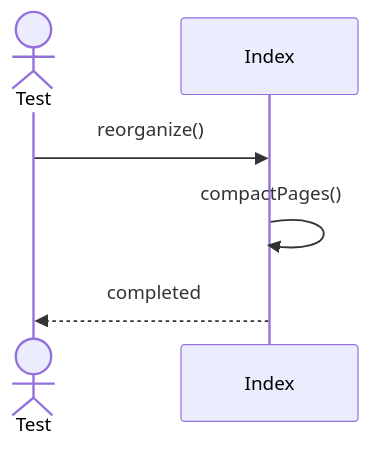
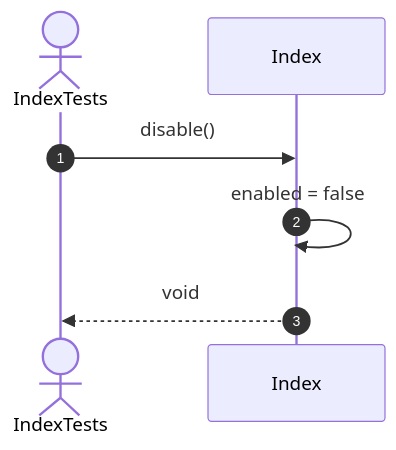
Before and after one commit to FhuAnn/-bbv-AN-s-DBMS: the fourth of 15 diagrams in src/tests/unit/metadata/sequences/indexs-testing.se.md, drawn with Mermaid. The commit also changed other lines of this file and 60 other files, not shown here.

Commit message:
refactor data table, row, column, constraint, index test file

````diff
--- a/src/tests/unit/metadata/sequences/indexs-testing.se.md
+++ b/src/tests/unit/metadata/sequences/indexs-testing.se.md
@@ -147,11 +57,10 @@
 ```mermaid
 sequenceDiagram
-actor Test
-participant Index
+    autonumber
+    actor Test as IndexTests
+    participant Index as Index
 
-Test->>Index: reorganize()
-
-Index->>Index: compactPages()
-
-Index-->>Test: completed
+    Test->>Index: disable()
+    Index->>Index: enabled = false
+    Index-->>Test: void
 ```
````
